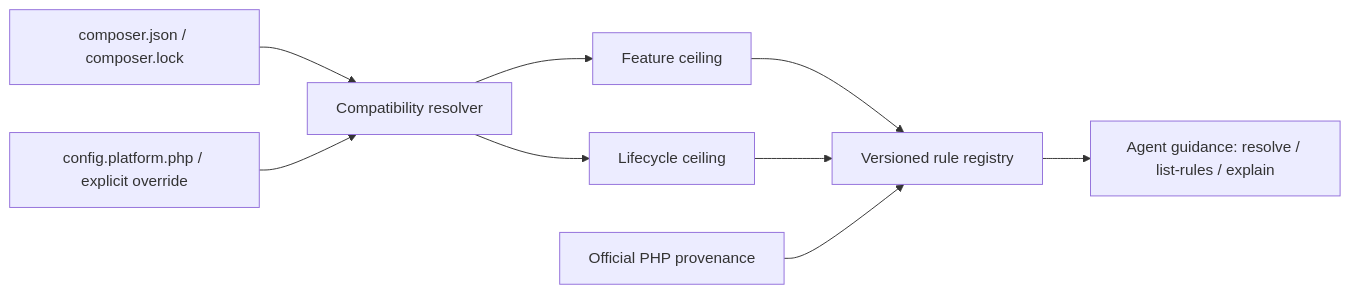
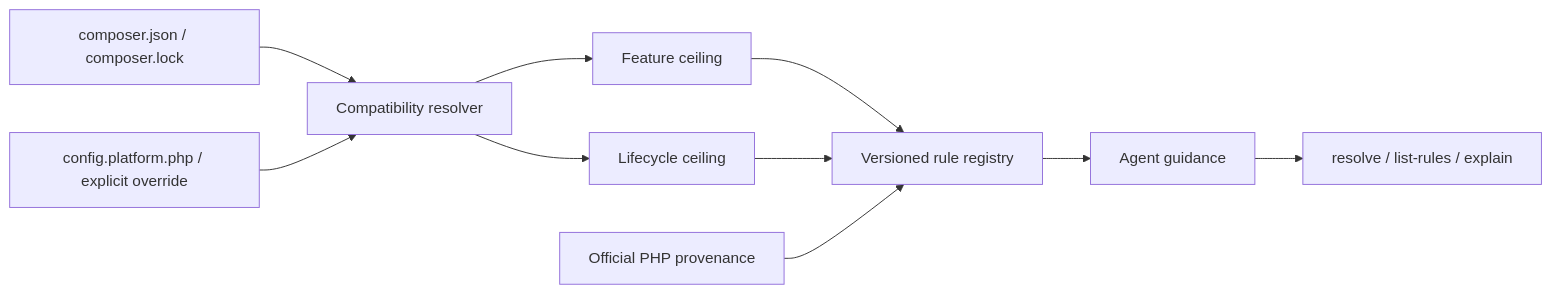
One commit to trionnemesis/php-modern-guidelines changed the diagram in README.md. Above: the diagram before and after it, drawn with Mermaid. The commit also changed other lines of this file, not shown here.

Commit message:
docs: align README with tw-agri-copilot information architecture

````diff
--- a/README.md
+++ b/README.md
@@ -53,11 +53,12 @@
 ```mermaid
 flowchart LR
     C[composer.json / composer.lock] --> R[Compatibility resolver]
     P[config.platform.php / explicit override] --> R
     R --> F[Feature ceiling]
     R --> L[Lifecycle ceiling]
     F --> Q[Versioned rule registry]
     L --> Q
-    Q --> A[Agent guidance: resolve / list-rules / explain]
     S[Official PHP provenance] --> Q
+    Q --> A[Agent guidance]
+    A --> X[resolve / list-rules / explain]
 ```
````
